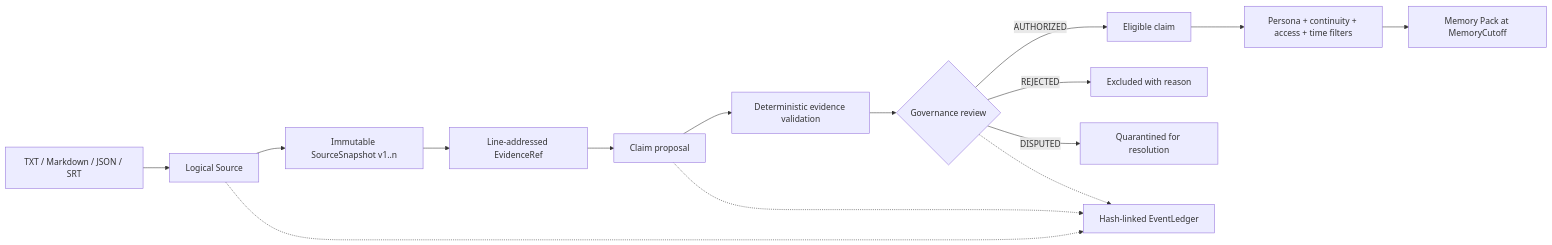
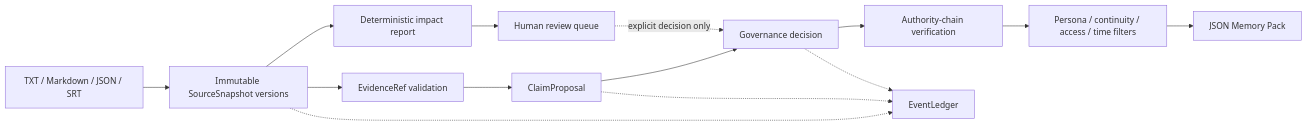
One commit to Lorenzo-Holmes/ContinuityForge changed the diagram in README.md. Above: the diagram before and after it, drawn with Mermaid. The commit also changed other lines of this file and 67 other files, not shown here.

Commit message:
feat: add v0.3 source revision impact review

````diff
--- a/README.md
+++ b/README.md
@@ -45,17 +77,16 @@
 ```mermaid
 flowchart LR
-    A["TXT / Markdown / JSON / SRT"] --> B["Logical Source"]
-    B --> C["Immutable SourceSnapshot v1..n"]
-    C --> D["Line-addressed EvidenceRef"]
-    D --> E["Claim proposal"]
-    E --> F["Deterministic evidence validation"]
-    F --> G{"Governance review"}
-    G -->|AUTHORIZED| H["Eligible claim"]
-    G -->|REJECTED| I["Excluded with reason"]
-    G -->|DISPUTED| J["Quarantined for resolution"]
-    H --> K["Persona + continuity + access + time filters"]
-    K --> L["Memory Pack at MemoryCutoff"]
-    B -.-> M["Hash-linked EventLedger"]
-    E -.-> M
-    G -.-> M
+    A["TXT / Markdown / JSON / SRT"] --> B["Immutable SourceSnapshot versions"]
+    B --> C["EvidenceRef validation"]
+    C --> D["ClaimProposal"]
+    D --> E["Governance decision"]
+    E --> F["Authority-chain verification"]
+    F --> G["Persona / continuity / access / time filters"]
+    G --> H["JSON Memory Pack"]
+    B --> I["Deterministic impact report"]
+    I --> J["Human review queue"]
+    J -. "explicit decision only" .-> E
+    B -.-> K["EventLedger"]
+    D -.-> K
+    E -.-> K
 ```
````
